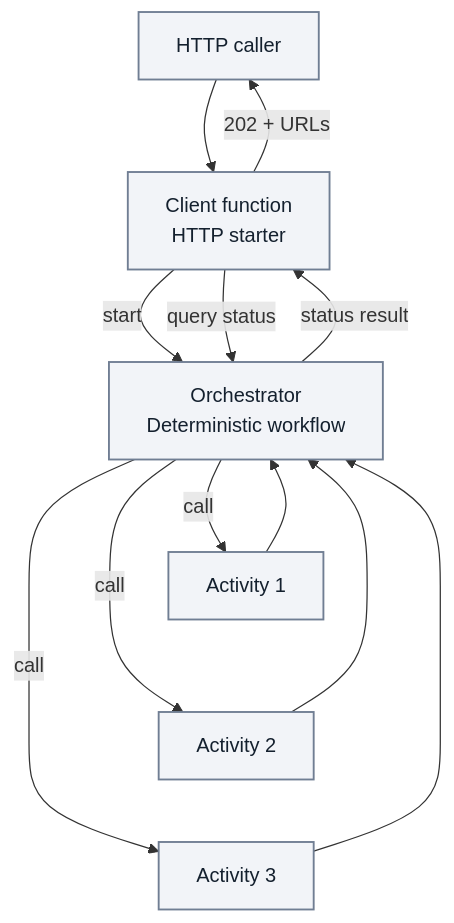
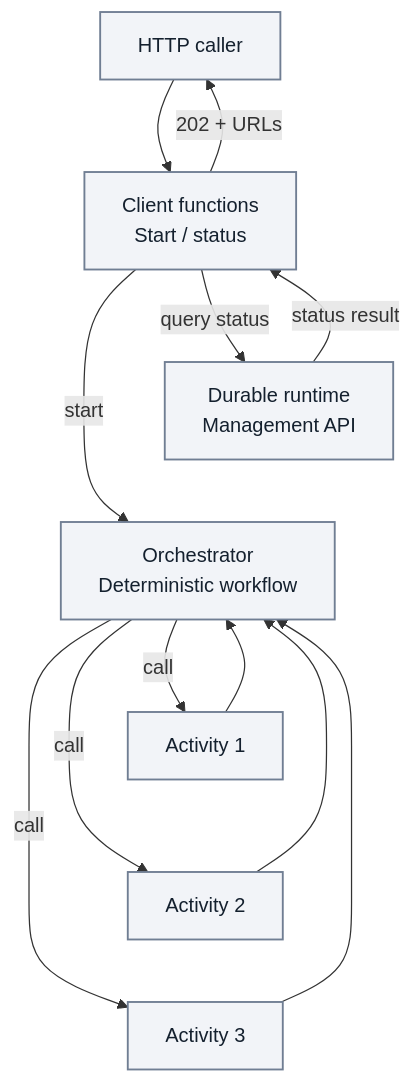
One commit to yeongseon/azure-functions-practical-guide changed the first of 4 diagrams in docs/language-guides/python/recipes/durable-orchestration.md. Above: the diagram before and after it, drawn with Mermaid. The commit also changed other lines of this file, not shown here.

Commit message:
docs(diagrams): correct runtime ownership of orchestration status
Separate status queries from deterministic workflow execution and retain
the asynchronous starter response, activities and results with direct sources.

Refs #245

````diff
--- a/docs/language-guides/python/recipes/durable-orchestration.md
+++ b/docs/language-guides/python/recipes/durable-orchestration.md
@@ -66,21 +69,22 @@
 ```mermaid
 flowchart TD
-    accTitle: Durable workflow roles and asynchronous HTTP management
-    accDescr: An HTTP starter starts a deterministic orchestrator and returns management URLs without waiting for completion. The orchestrator calls activities and receives results. A separate status query retrieves orchestration status.
-    HTTP["HTTP caller"] --> CL["Client function<br/>HTTP starter"]
+    accTitle: Durable workflow roles and runtime-owned status queries
+    accDescr: Client functions start a deterministic orchestrator and return HTTP 202 with management URLs without waiting for completion. The orchestrator calls activities and receives results. Status queries use the Durable runtime management API to read persisted orchestration metadata without invoking orchestrator code.
+    HTTP["HTTP caller"] --> CL["Client functions<br/>Start / status"]
     CL -->|"start"| ORC["Orchestrator<br/>Deterministic workflow"]
     ORC -->|"call"| A1["Activity 1"]
     ORC -->|"call"| A2["Activity 2"]
     ORC -->|"call"| A3["Activity 3"]
     A1 --> ORC
     A2 --> ORC
     A3 --> ORC
-    ORC -->|"status result"| CL
+    RT["Durable runtime<br/>Management API"] -->|"status result"| CL
     CL -->|"202 + URLs"| HTTP
-    CL -->|"query status"| ORC
+    CL -->|"query status"| RT
     %% Layout-only tiers; add no activity calls or execution-order arrows.
+    RT ~~~ ORC
     A1 ~~~ A2
     A2 ~~~ A3
     classDef neutral fill:#f2f4f8,stroke:#707e93,stroke-width:1.5px,color:#14202e;
-    class HTTP,CL,ORC,A1,A2,A3 neutral;
+    class HTTP,CL,ORC,A1,A2,A3,RT neutral;
 ```
````
